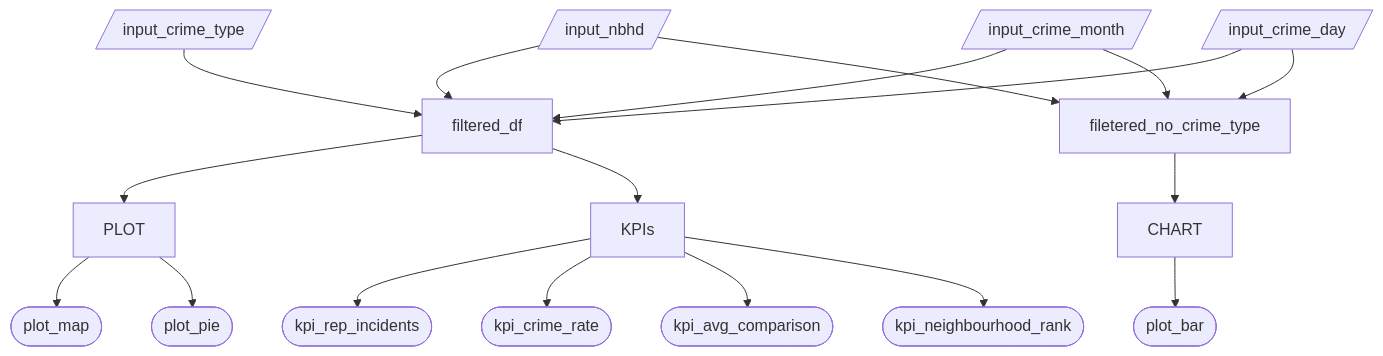
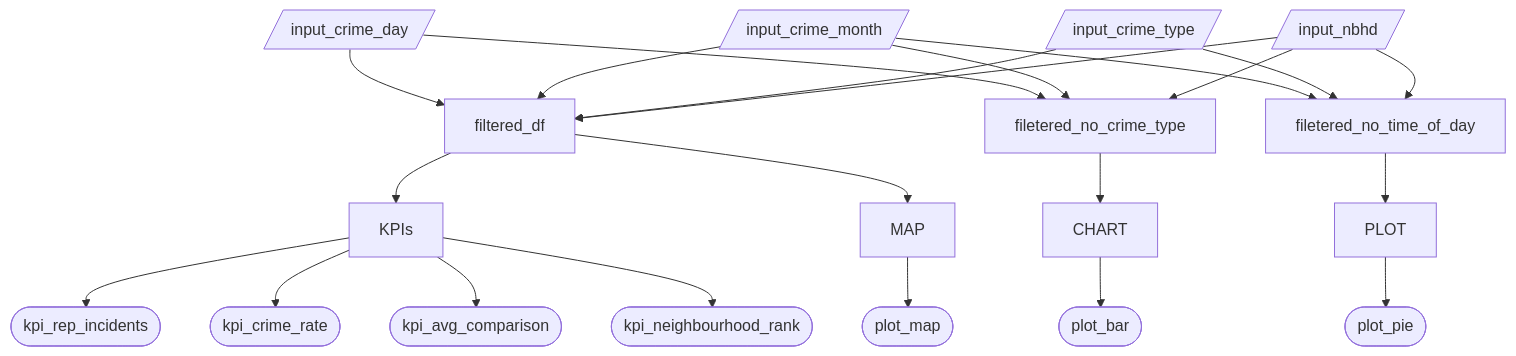
Before and after one commit to UBC-MDS/DSCI-532_2026_7_vancouver-crimewatch: the diagram in reports/m2_spec.md, drawn with Mermaid. The commit also changed other lines of this file, not shown here.

Commit message:
updated reactivity diagram

````diff
--- a/reports/m2_spec.md
+++ b/reports/m2_spec.md
@@ -36,23 +37,28 @@
 ```mermaid 
-flowchart TD
+    flowchart TD
     A[/input_nbhd/] --> F[filtered_df]
-    B[/input_crime_type/] --> F
-    C[/input_crime_month/] --> F
-    D[/input_crime_day/] --> F
+        B[/input_crime_type/] --> F
+        C[/input_crime_month/] --> F
+        D[/input_crime_day/] --> F
 
-    A[/input_nbhd/] --> F2[filetered_no_crime_type]
-    C[/input_crime_month/] --> F2
-    D[/input_crime_day/] --> F2
-    
-    F --> PLOT[PLOT]
-    F --> KPIS[KPIs]
-    F2 -->CHART[CHART]
+        A[/input_nbhd/] --> F2[filetered_no_crime_type]
+        C[/input_crime_month/] --> F2
+        D[/input_crime_day/] --> F2
 
-    PLOT --> P1([plot_map])
-    CHART --> P2([plot_bar])
-    PLOT --> P3([plot_pie])
-    KPIS --> K1([kpi_rep_incidents])
-    KPIS --> K2([kpi_crime_rate])
-    KPIS --> K3([kpi_avg_comparison])
-    KPIS --> K4([kpi_neighbourhood_rank])
+        A[/input_nbhd/] --> F3[filetered_no_time_of_day]
+        B[/input_crime_type/] --> F3
+        C[/input_crime_month/] --> F3
+
+        F --> KPIS[KPIs]
+        F -->MAP[MAP]
+        F2 -->CHART[CHART]
+        F3 -->PLOT[PLOT]
+
+        MAP --> P1([plot_map])
+        CHART --> P2([plot_bar])
+        PLOT --> P3([plot_pie])
+        KPIS --> K1([kpi_rep_incidents])
+        KPIS --> K2([kpi_crime_rate])
+        KPIS --> K3([kpi_avg_comparison])
+        KPIS --> K4([kpi_neighbourhood_rank])
 ```
````
